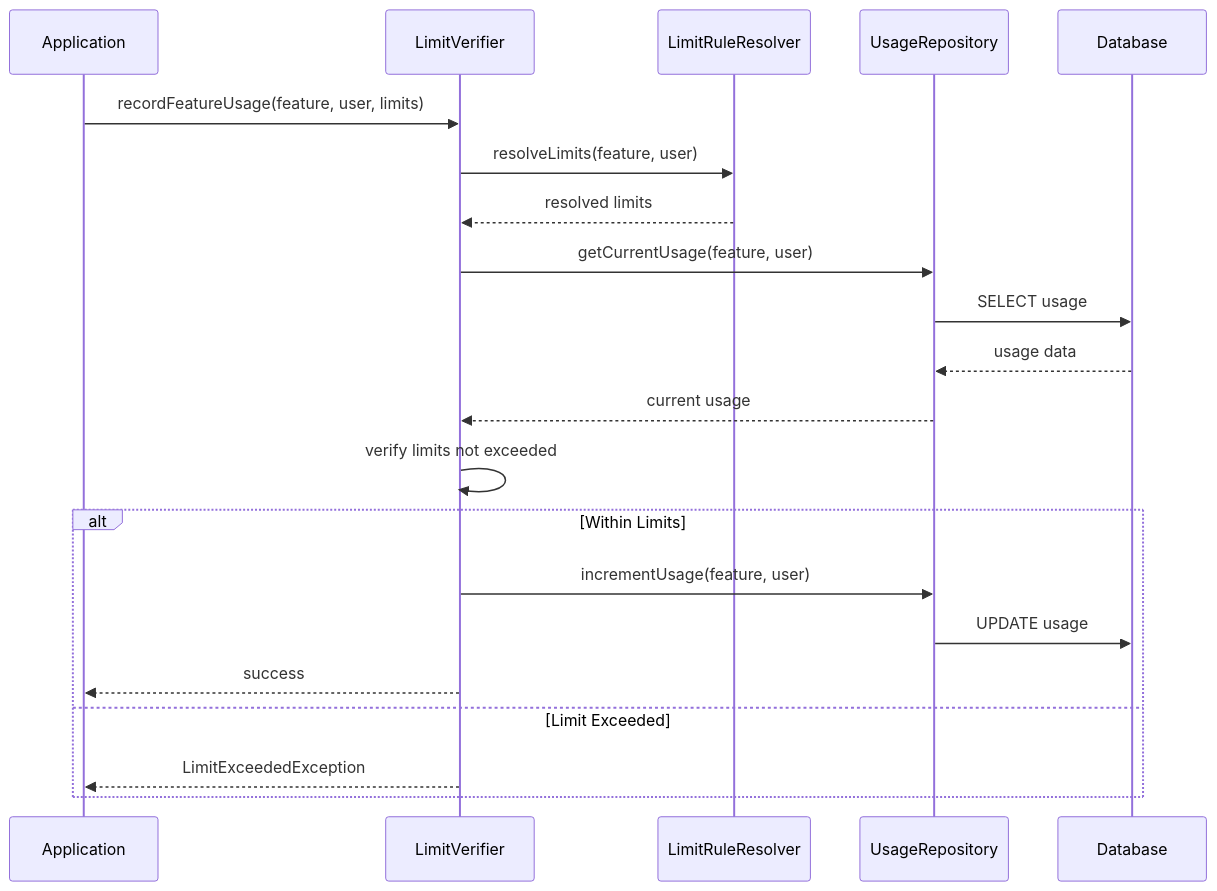
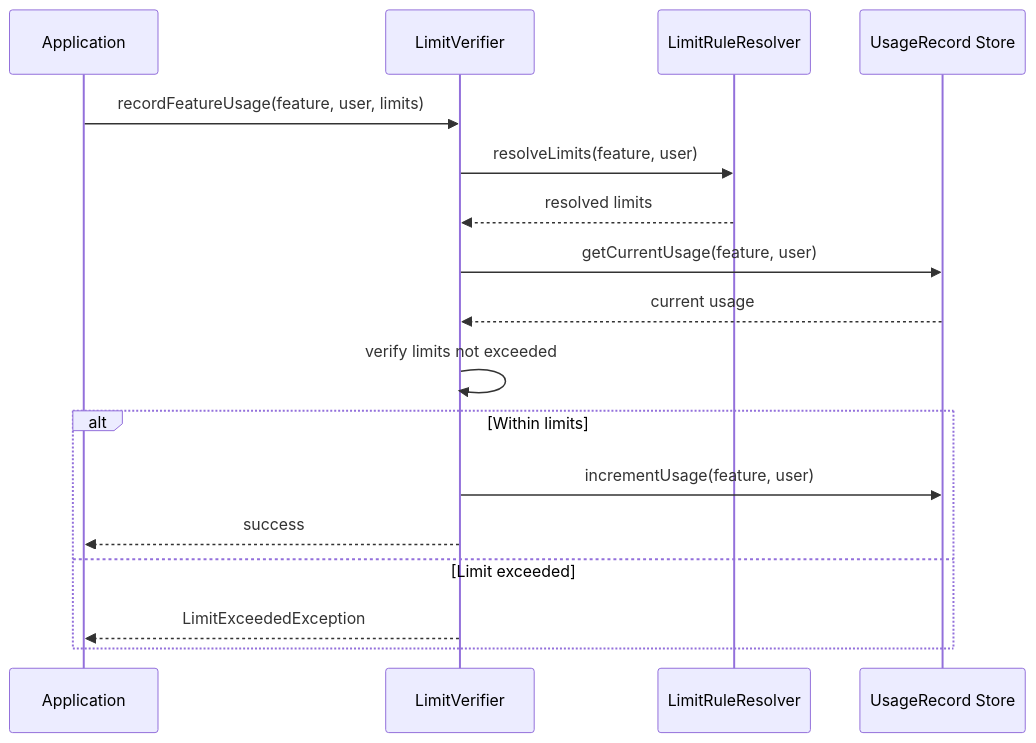
One commit to terpomo-io/pmitz changed the second of 4 diagrams in docs/local-vs-remote-modes.md. Above: the diagram before and after it, drawn with Mermaid. The commit also changed other lines of this file and 3 other files, not shown here.

````diff
--- a/docs/local-vs-remote-modes.md
+++ b/docs/local-vs-remote-modes.md
@@ -50,24 +42,20 @@
 ```mermaid
 sequenceDiagram
     participant App as Application
     participant LV as LimitVerifier
     participant LRR as LimitRuleResolver
-    participant UR as UsageRepository
-    participant DB as Database
+    participant US as UsageRecord Store
 
     App->>LV: recordFeatureUsage(feature, user, limits)
     LV->>LRR: resolveLimits(feature, user)
     LRR-->>LV: resolved limits
-    LV->>UR: getCurrentUsage(feature, user)
-    UR->>DB: SELECT usage
-    DB-->>UR: usage data
-    UR-->>LV: current usage
+    LV->>US: getCurrentUsage(feature, user)
+    US-->>LV: current usage
     LV->>LV: verify limits not exceeded
-    alt Within Limits
-        LV->>UR: incrementUsage(feature, user)
-        UR->>DB: UPDATE usage
+    alt Within limits
+        LV->>US: incrementUsage(feature, user)
         LV-->>App: success
-    else Limit Exceeded
+    else Limit exceeded
         LV-->>App: LimitExceededException
     end
 ```
````
